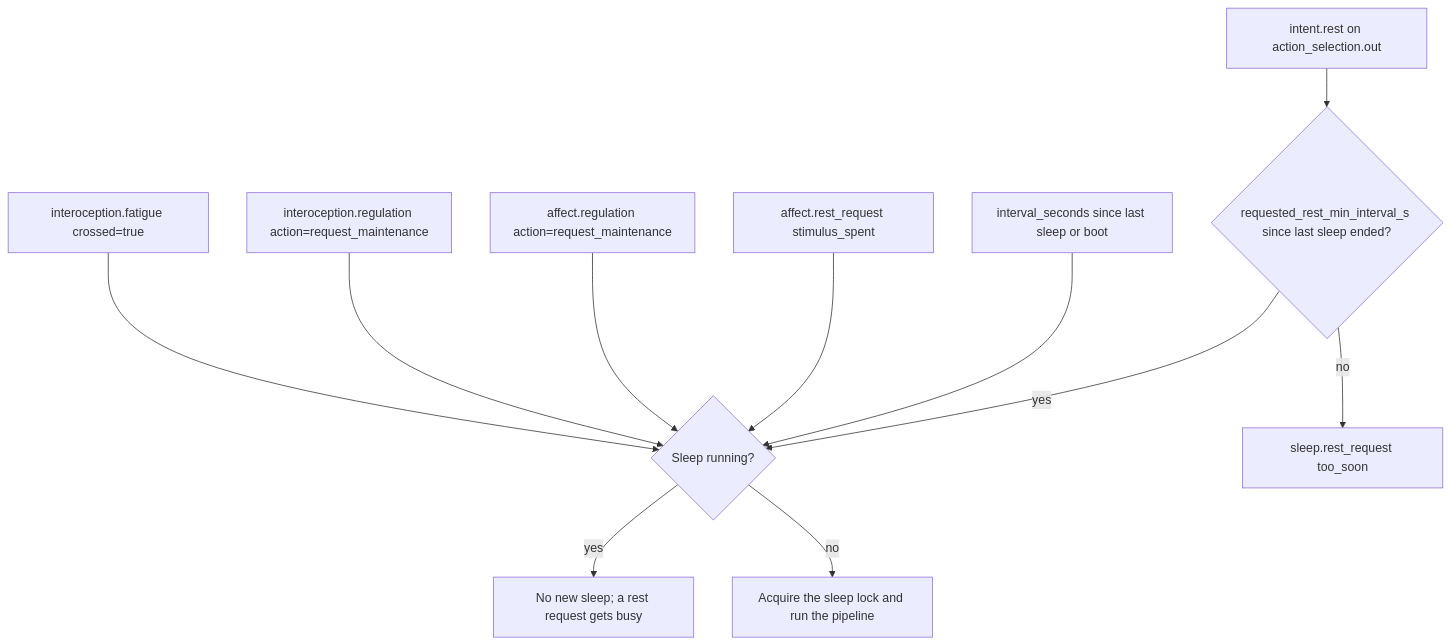
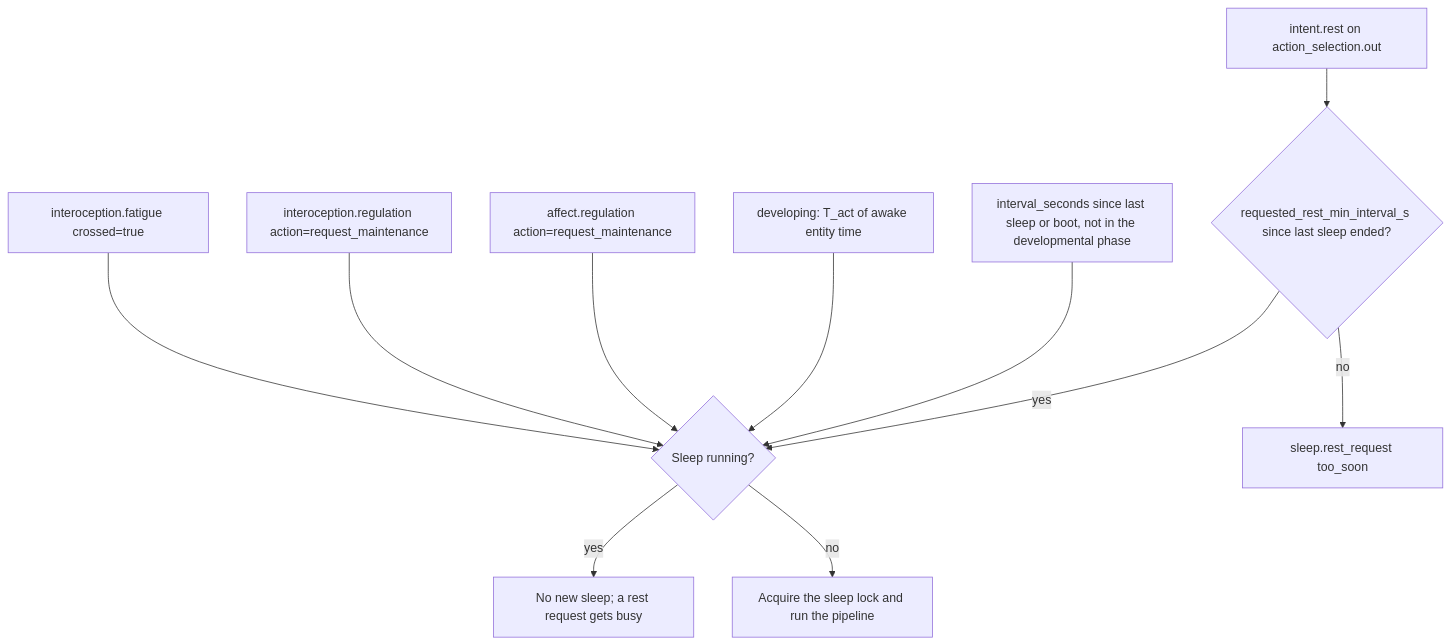
Before and after one commit to kaineone/kaine: the first of 2 diagrams in docs/10-sleep/README.md, drawn with Mermaid. The commit also changed other lines of this file and 24 other files, not shown here.

First line of the commit message:
developmental-state-cycle: the fetal state cycle times developmental sleep (paper 3.5, Table A1)

````diff
--- a/docs/10-sleep/README.md
+++ b/docs/10-sleep/README.md
@@ -17,13 +17,13 @@
 ```mermaid
 flowchart TD
     A[interoception.fatigue crossed=true] --> B{Sleep running?}
     G[interoception.regulation action=request_maintenance] --> B
     K[affect.regulation action=request_maintenance] --> B
-    L[affect.rest_request stimulus_spent] --> B
-    F[interval_seconds since last sleep or boot] --> B
+    L[developing: T_act of awake entity time] --> B
+    F[interval_seconds since last sleep or boot, not in the developmental phase] --> B
     H[intent.rest on action_selection.out] --> I{requested_rest_min_interval_s since last sleep ended?}
     I -->|no| J[sleep.rest_request too_soon]
     I -->|yes| B
     B -->|yes| D[No new sleep; a rest request gets busy]
     B -->|no| E[Acquire the sleep lock and run the pipeline]
 ```
````
